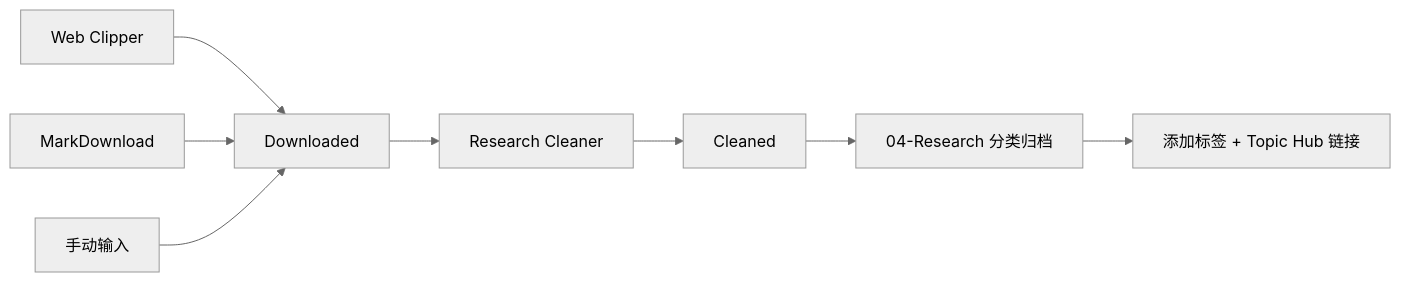
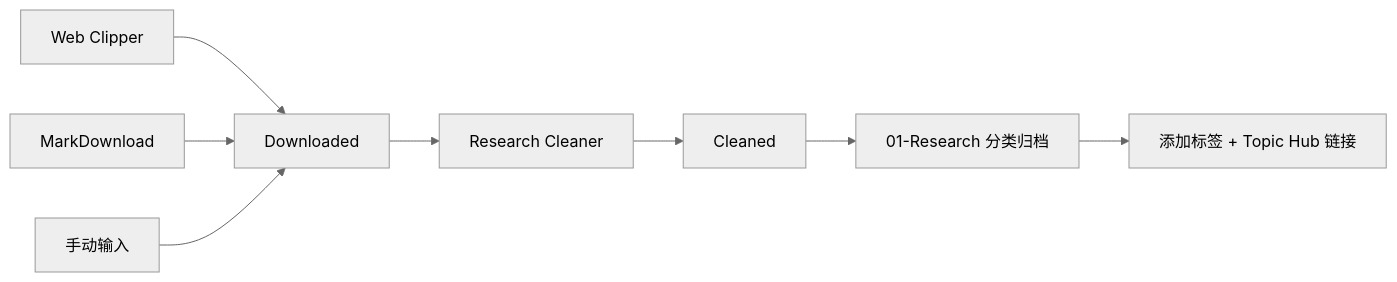
One commit to Iquar/My_knowledge_vault changed the diagram in 00-Inbox/Research-Collection-Workflow.md. Above: the diagram before and after it, drawn with Mermaid (neutral theme). The commit also changed other lines of this file and 19 other files, not shown here.

````diff
--- a/00-Inbox/Research-Collection-Workflow.md
+++ b/00-Inbox/Research-Collection-Workflow.md
@@ -9,10 +9,10 @@
 ```mermaid
 flowchart LR
     A[Web Clipper] --> B[Downloaded]
     C[MarkDownload] --> B
     D[手动输入] --> B
     B --> E[Research Cleaner]
     E --> F[Cleaned]
-    F --> G[04-Research 分类归档]
+    F --> G[01-Research 分类归档]
     G --> H[添加标签 + Topic Hub 链接]
 ```
````
